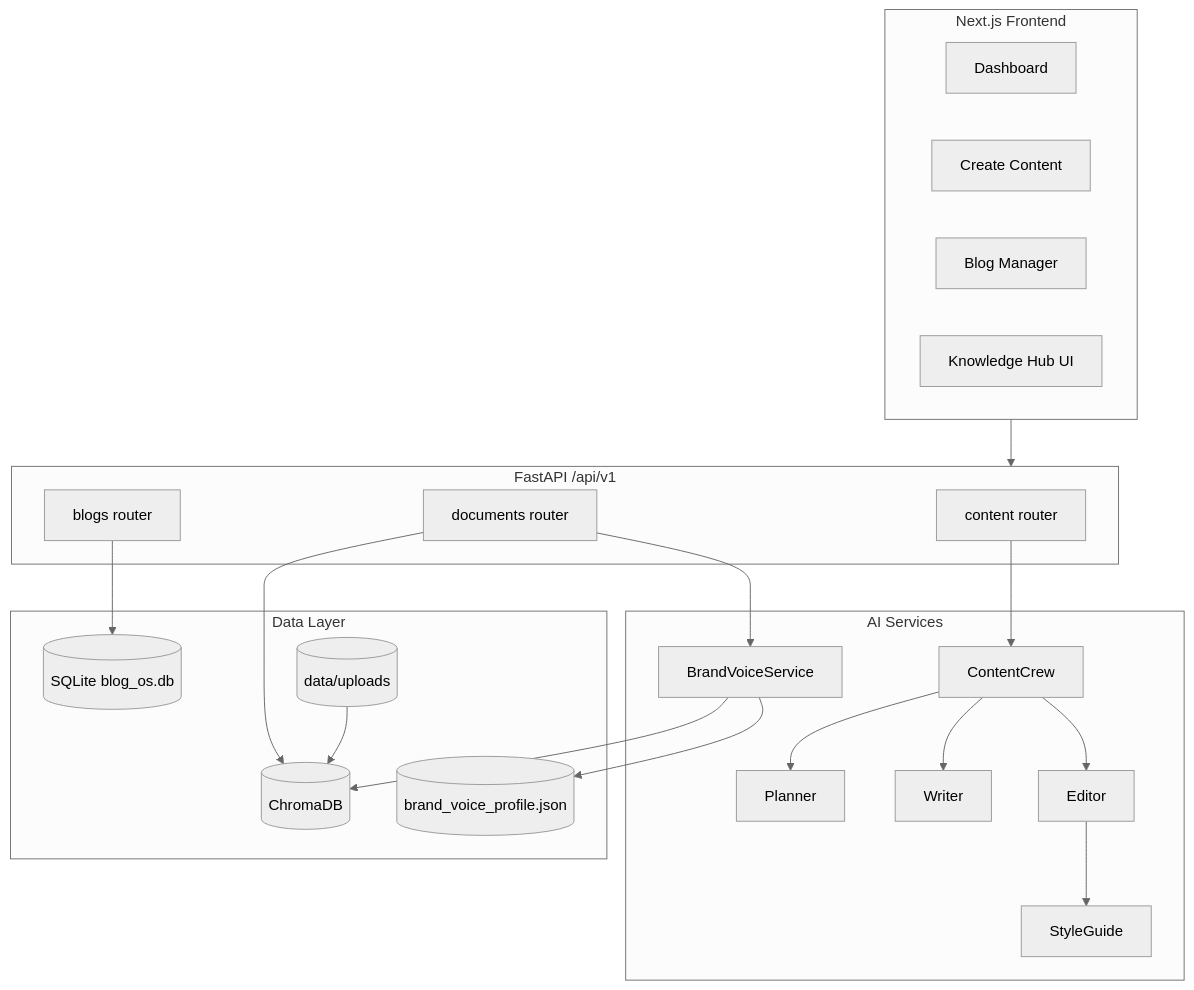
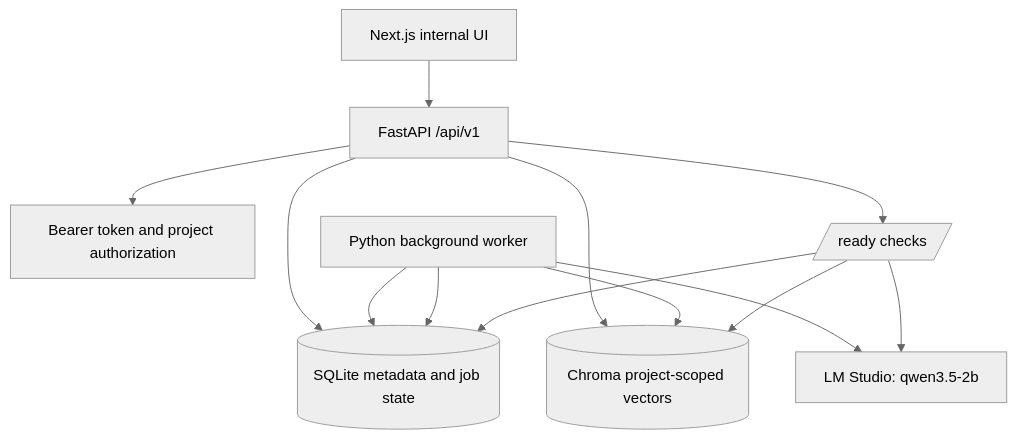
Before and after one commit to thoaitrantlgt/Brand-Voice-RAG-Content-System: the second of 2 diagrams in README.md, drawn with Mermaid (neutral theme). The commit also changed other lines of this file, not shown here.

Commit message:
docs: redesign project README

````diff
--- a/README.md
+++ b/README.md
@@ -63,44 +194,15 @@
 ```mermaid
 flowchart TB
-    subgraph Frontend[Next.js Frontend]
-        Dashboard[Dashboard]
-        Create[Create Content]
-        Blogs[Blog Manager]
-        RAGUI[Knowledge Hub UI]
-    end
-
-    subgraph API[FastAPI /api/v1]
-        ContentAPI[content router]
-        DocsAPI[documents router]
-        BlogAPI[blogs router]
-    end
-
-    subgraph AI[AI Services]
-        Crew[ContentCrew]
-        Planner[Planner]
-        Writer[Writer]
-        Editor[Editor]
-        Style[StyleGuide]
-        Voice[BrandVoiceService]
-    end
-
-    subgraph Data[Data Layer]
-        SQLite[(SQLite blog_os.db)]
-        Chroma[(ChromaDB)]
-        Uploads[(data/uploads)]
-        Profile[(brand_voice_profile.json)]
-    end
-
-    Frontend --> API
-    ContentAPI --> Crew
-    Crew --> Planner
-    Crew --> Writer
-    Crew --> Editor
-    Editor --> Style
-    DocsAPI --> Voice
-    DocsAPI --> Chroma
-    BlogAPI --> SQLite
-    Voice --> Profile
-    Voice --> Chroma
-    Uploads --> Chroma
+    UI[Next.js internal UI] --> API[FastAPI /api/v1]
+    API --> Auth[Bearer token and project authorization]
+    API --> SQLite[(SQLite metadata and job state)]
+    API --> Chroma[(Chroma project-scoped vectors)]
+    Worker[Python background worker] --> SQLite
+    Worker --> LLM[LM Studio: qwen3.5-2b]
+    Worker --> Chroma
+    Worker --> SQLite
+    API --> Ready[/ready checks/]
+    Ready --> SQLite
+    Ready --> Chroma
+    Ready --> LLM
 ```
````
